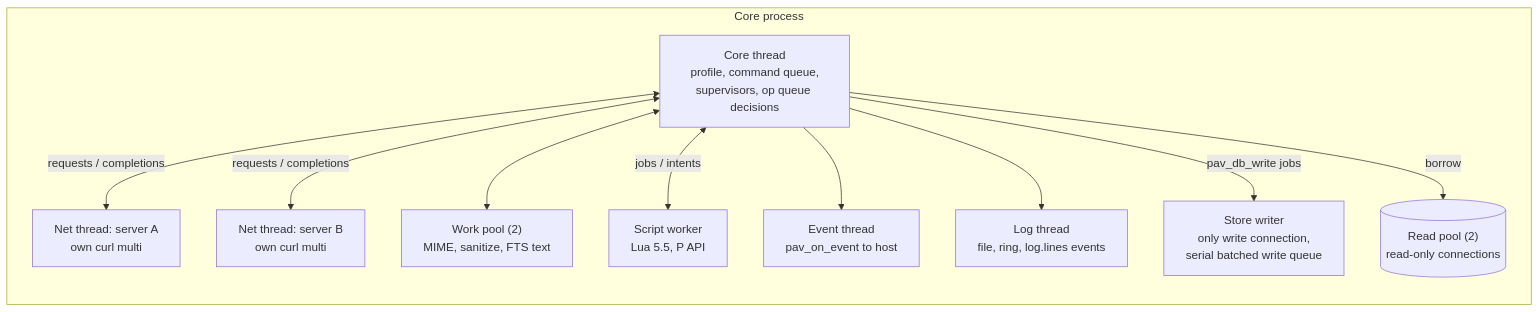
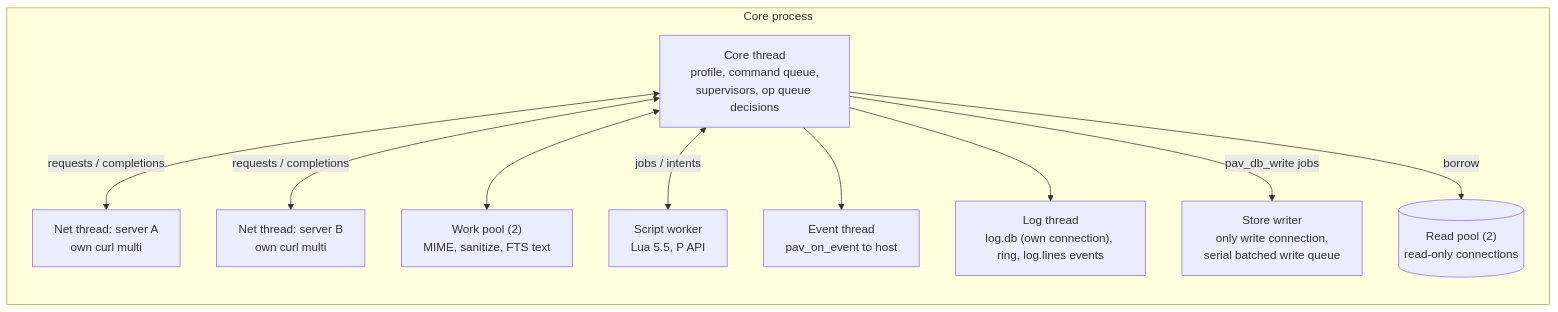
One commit to 500Foods/Pavillion changed the second of 3 diagrams in docs/ARCHITECTURE.md. Above: the diagram before and after it, drawn with Mermaid. The commit also changed other lines of this file and 29 other files, not shown here.

````diff
--- a/docs/ARCHITECTURE.md
+++ b/docs/ARCHITECTURE.md
@@ -28,22 +28,22 @@
 ```mermaid
 flowchart LR
   subgraph Core process
     CT["Core thread<br/>profile, command queue,<br/>supervisors, op queue decisions"]
     SW["Store writer<br/>only write connection,<br/>serial batched write queue"]
     RP[("Read pool (2)<br/>read-only connections")]
-    LT["Log thread<br/>file, ring, log.lines events"]
+    LT["Log thread<br/>log.db (own connection), ring, log.lines events"]
     N1["Net thread: server A<br/>own curl multi"]
     N2["Net thread: server B<br/>own curl multi"]
     WP["Work pool (2)<br/>MIME, sanitize, FTS text"]
     ST["Script worker<br/>Lua 5.5, P API"]
     EV["Event thread<br/>pav_on_event to host"]
   end
   CT <-->|requests / completions| N1
   CT <-->|requests / completions| N2
   CT <--> WP
   CT <-->|jobs / intents| ST
   CT --> EV
   CT --> LT
   CT -->|pav_db_write jobs| SW
   CT -->|borrow| RP
 ```
````
